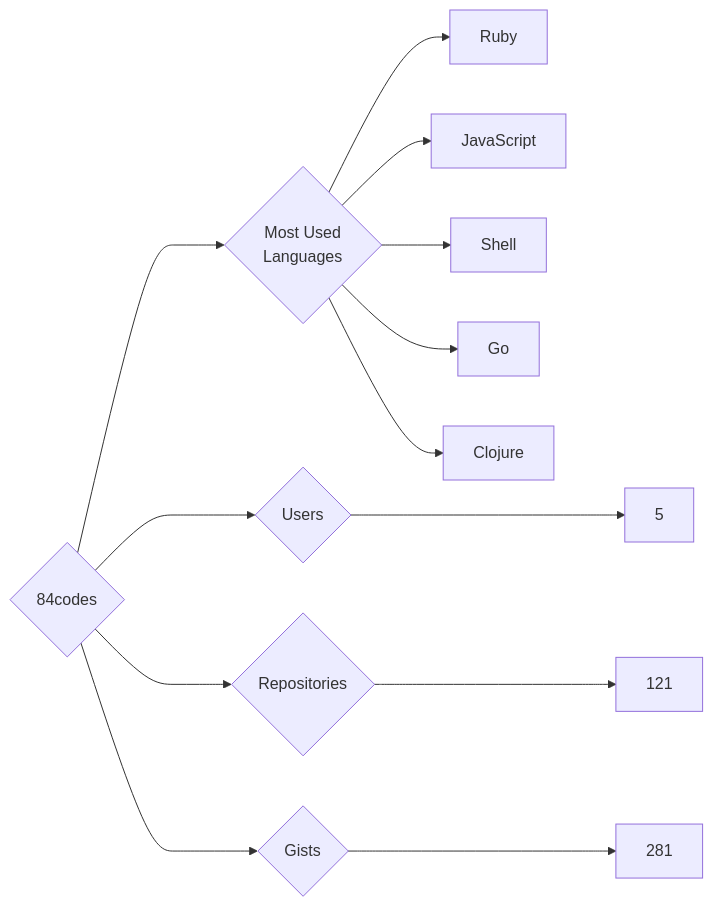
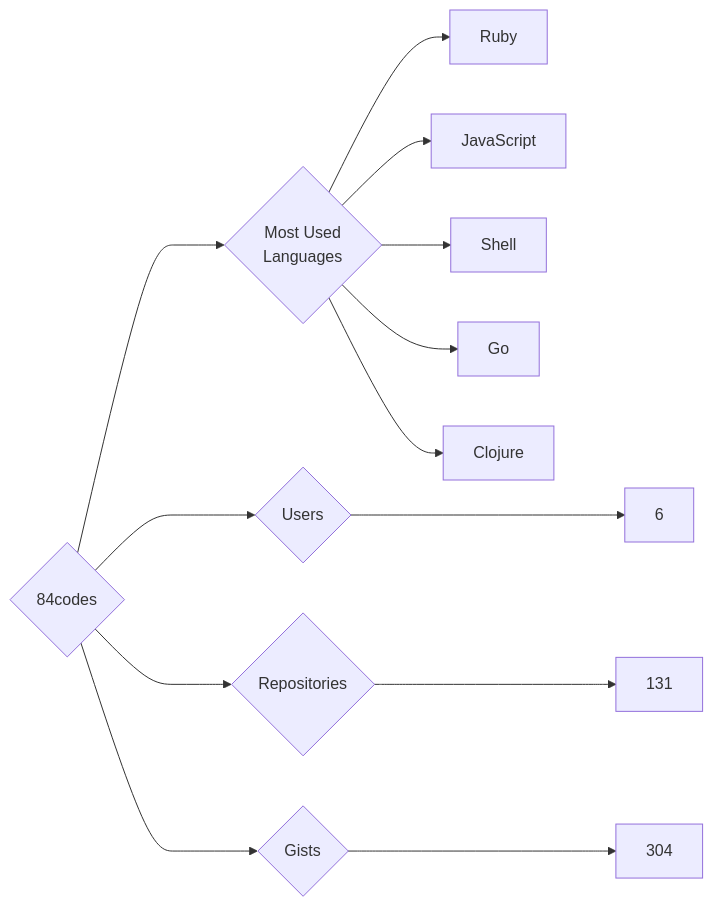
One commit to trickest/insiders changed the diagram in targets/84codes/README.md. Above: the diagram before and after it, drawn with Mermaid. The commit also changed 847 other files, not shown here.

````diff
--- a/targets/84codes/README.md
+++ b/targets/84codes/README.md
@@ -3,13 +3,13 @@
 ```mermaid
 graph LR
 COMPANY_NAME{84codes}
-COMPANY_NAME ---> U{Users} ---> UN[5]
-COMPANY_NAME ---> R{Repositories} ---> RN[121]
-COMPANY_NAME ---> G{Gists} ---> GN[281]
+COMPANY_NAME ---> U{Users} ---> UN[6]
+COMPANY_NAME ---> R{Repositories} ---> RN[131]
+COMPANY_NAME ---> G{Gists} ---> GN[304]
 COMPANY_NAME ---> ML{Most Used<br>Languages}
 ML --> Ruby[Ruby]
 ML --> JavaScript[JavaScript]
 ML --> Shell[Shell]
 ML --> Go[Go]
 ML --> Clojure[Clojure]
 ```
````
